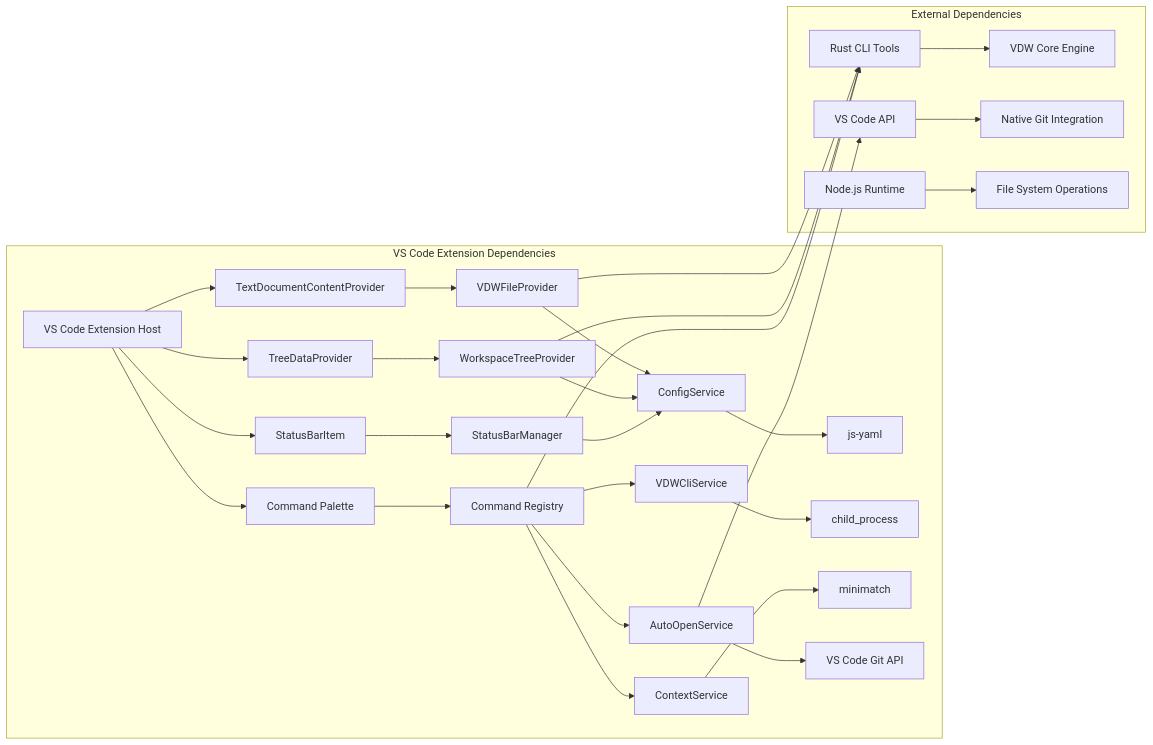
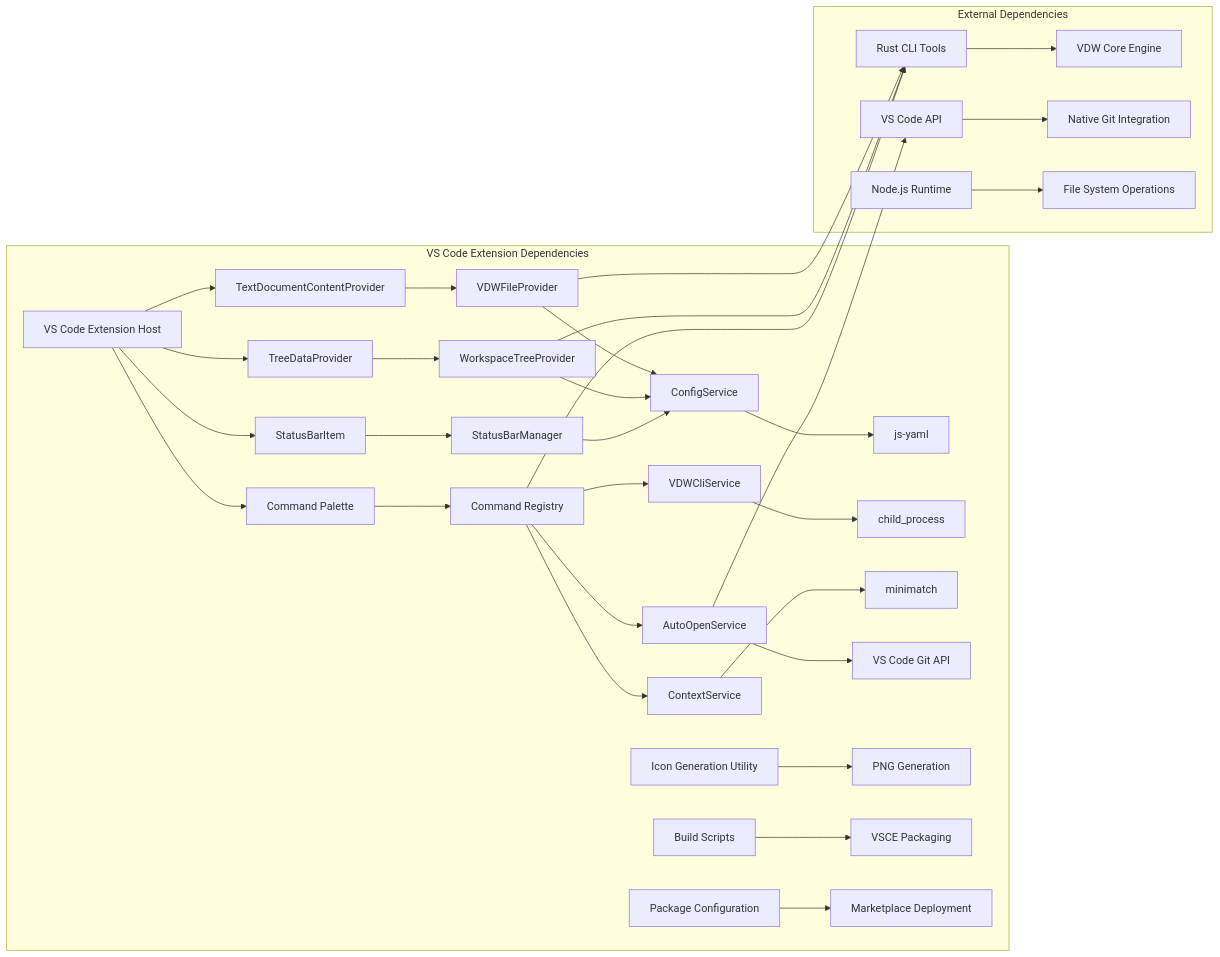
Before and after one commit to HWH-2019/vdw: the sixth of 6 diagrams in .qoder/repowiki/en/content/Core Features Documentation/VS Code Plugin Bridge & IDE Integration.md, drawn with Mermaid. The commit also changed other lines of this file and 14 other files, not shown here.

````diff
--- a/.qoder/repowiki/en/content/Core Features Documentation/VS Code Plugin Bridge & IDE Integration.md
+++ b/.qoder/repowiki/en/content/Core Features Documentation/VS Code Plugin Bridge & IDE Integration.md
@@ -637,32 +706,35 @@
 ```mermaid
 graph LR
 subgraph "VS Code Extension Dependencies"
 A[VS Code Extension Host] --> B[TextDocumentContentProvider]
 A --> C[TreeDataProvider]
 A --> D[StatusBarItem]
 A --> E[Command Palette]
 B --> F[VDWFileProvider]
 C --> G[WorkspaceTreeProvider]
 D --> H[StatusBarManager]
 E --> I[Command Registry]
 F --> J[ConfigService]
 G --> J
 H --> J
 I --> K[VDWCliService]
 I --> L[ContextService]
 I --> M[AutoOpenService]
 J --> N[js-yaml]
 K --> O[child_process]
 L --> P[minimatch]
 M --> Q[VS Code Git API]
+R[Icon Generation Utility] --> S[PNG Generation]
+T[Build Scripts] --> U[VSCE Packaging]
+V[Package Configuration] --> W[Marketplace Deployment]
 end
 subgraph "External Dependencies"
-R[Rust CLI Tools] --> S[VDW Core Engine]
-T[VS Code API] --> U[Native Git Integration]
-V[Node.js Runtime] --> W[File System Operations]
+X[Rust CLI Tools] --> Y[VDW Core Engine]
+Z[VS Code API] --> AA[Native Git Integration]
+BB[Node.js Runtime] --> CC[File System Operations]
 end
-F --> R
-G --> R
-I --> R
-M --> T
+F --> X
+G --> X
+I --> X
+M --> Z
 ```
````
